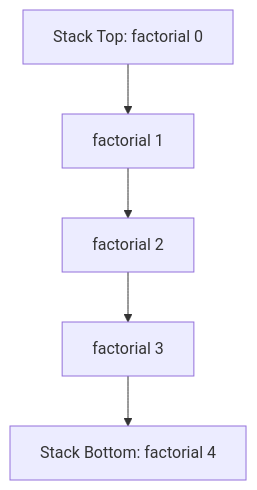
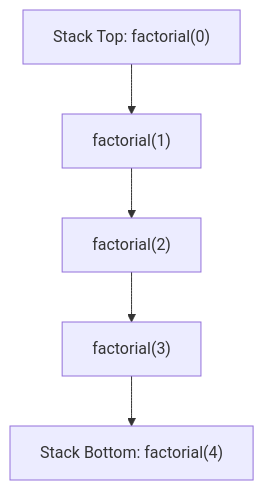
One commit to davidchen0970/algorithm_note changed the third of 4 diagrams in 05_recursion_backtracking/21_recursion.md. Above: the diagram before and after it, drawn with Mermaid. The commit also changed other lines of this file, not shown here.

````diff
--- a/05_recursion_backtracking/21_recursion.md
+++ b/05_recursion_backtracking/21_recursion.md
@@ -168,7 +204,7 @@
 ```mermaid
 flowchart TD
-    A[Stack Top: factorial 0] --> B[factorial 1]
-    B --> C[factorial 2]
-    C --> D[factorial 3]
-    D --> E[Stack Bottom: factorial 4]
+    A["Stack Top: factorial(0)"] --> B["factorial(1)"]
+    B --> C["factorial(2)"]
+    C --> D["factorial(3)"]
+    D --> E["Stack Bottom: factorial(4)"]
 ```
````
